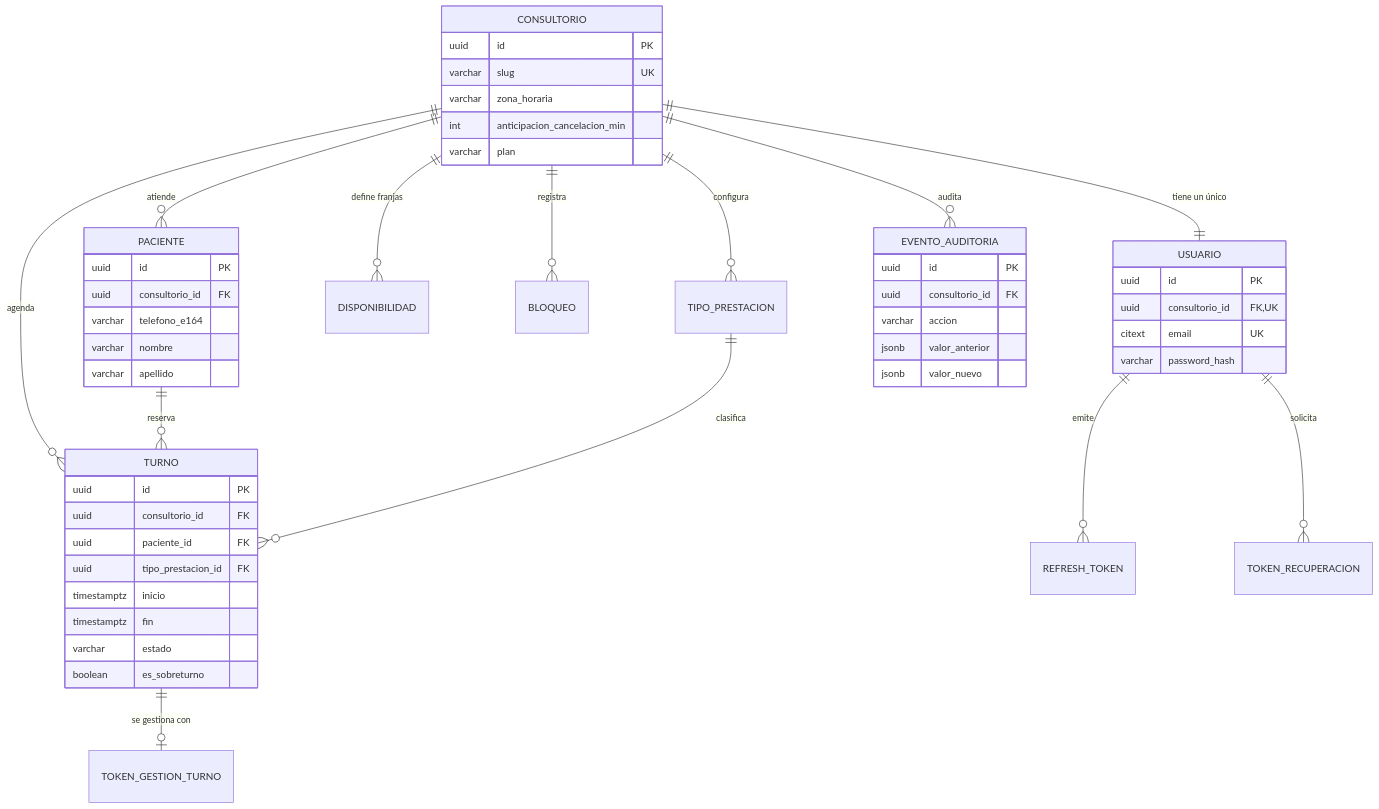
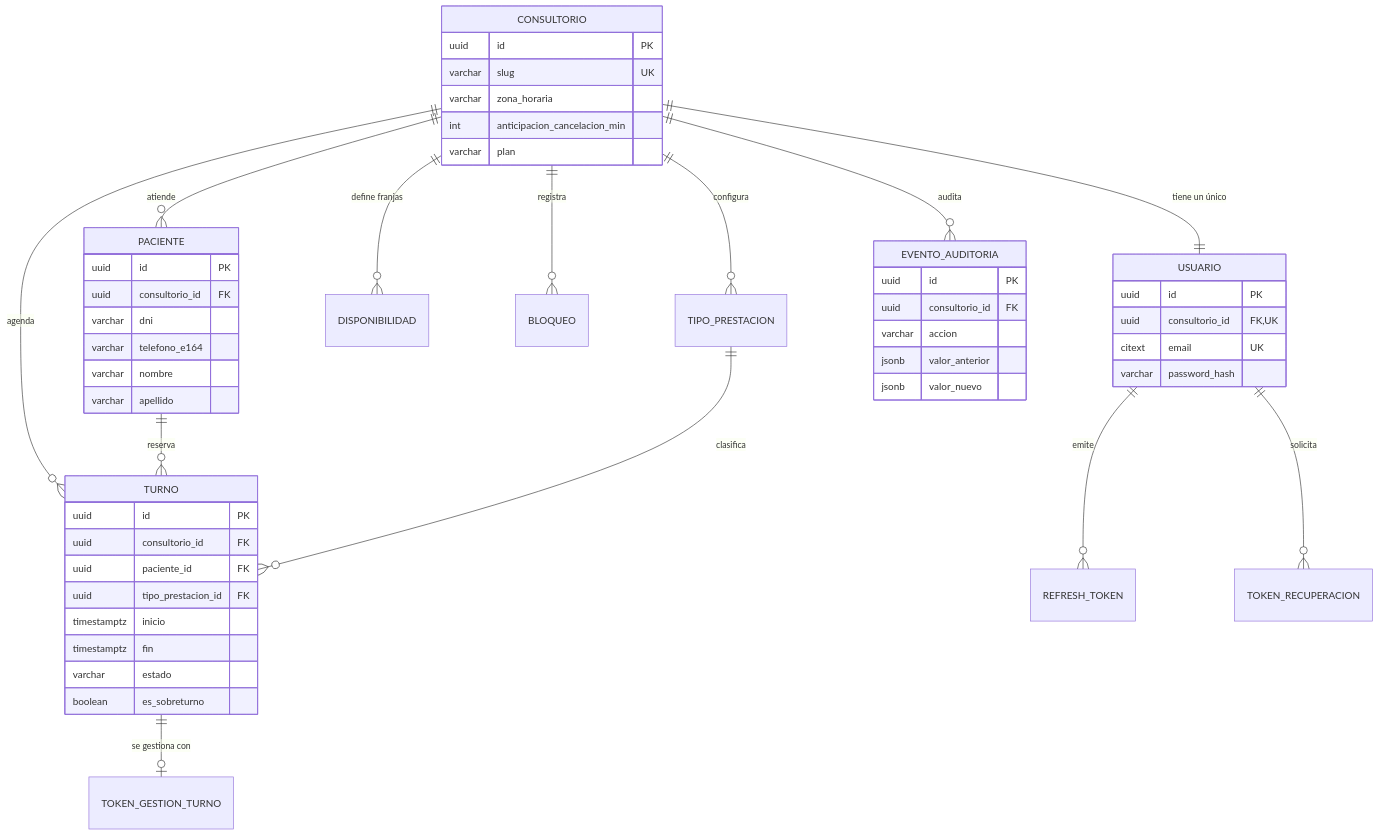
Before and after one commit to MaximilianoKotlik/sistema-odontologico: the diagram in knowledge-base/04_modelo_de_datos.md, drawn with Mermaid. The commit also changed other lines of this file and 10 other files, not shown here.

````diff
--- a/knowledge-base/04_modelo_de_datos.md
+++ b/knowledge-base/04_modelo_de_datos.md
@@ -33,53 +33,54 @@
 ```mermaid
 erDiagram
     CONSULTORIO ||--|| USUARIO : "tiene un único"
     CONSULTORIO ||--o{ TIPO_PRESTACION : configura
     CONSULTORIO ||--o{ DISPONIBILIDAD : "define franjas"
     CONSULTORIO ||--o{ BLOQUEO : registra
     CONSULTORIO ||--o{ PACIENTE : atiende
     CONSULTORIO ||--o{ TURNO : agenda
     CONSULTORIO ||--o{ EVENTO_AUDITORIA : audita
     USUARIO ||--o{ REFRESH_TOKEN : emite
     USUARIO ||--o{ TOKEN_RECUPERACION : solicita
     PACIENTE ||--o{ TURNO : reserva
     TIPO_PRESTACION ||--o{ TURNO : clasifica
     TURNO ||--o| TOKEN_GESTION_TURNO : "se gestiona con"
 
     CONSULTORIO {
         uuid id PK
         varchar slug UK
         varchar zona_horaria
         int anticipacion_cancelacion_min
         varchar plan
     }
     USUARIO {
         uuid id PK
         uuid consultorio_id FK,UK
         citext email UK
         varchar password_hash
     }
     TURNO {
         uuid id PK
         uuid consultorio_id FK
         uuid paciente_id FK
         uuid tipo_prestacion_id FK
         timestamptz inicio
         timestamptz fin
         varchar estado
         boolean es_sobreturno
     }
     PACIENTE {
         uuid id PK
         uuid consultorio_id FK
+        varchar dni
         varchar telefono_e164
         varchar nombre
         varchar apellido
     }
     EVENTO_AUDITORIA {
         uuid id PK
         uuid consultorio_id FK
         varchar accion
         jsonb valor_anterior
         jsonb valor_nuevo
     }
 ```
````
